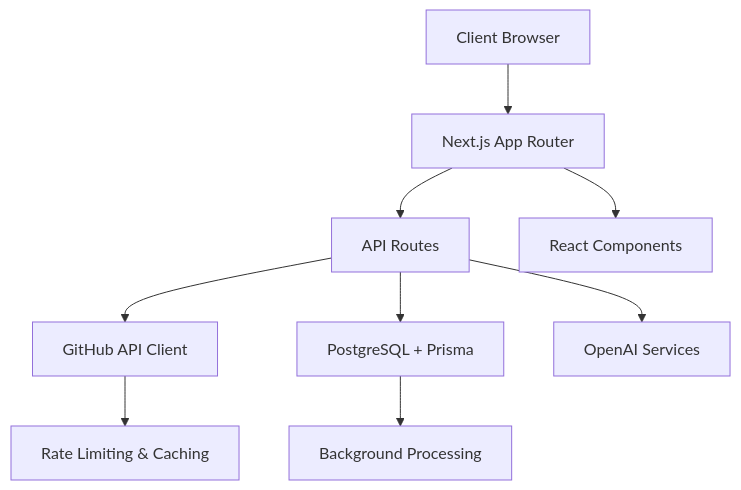
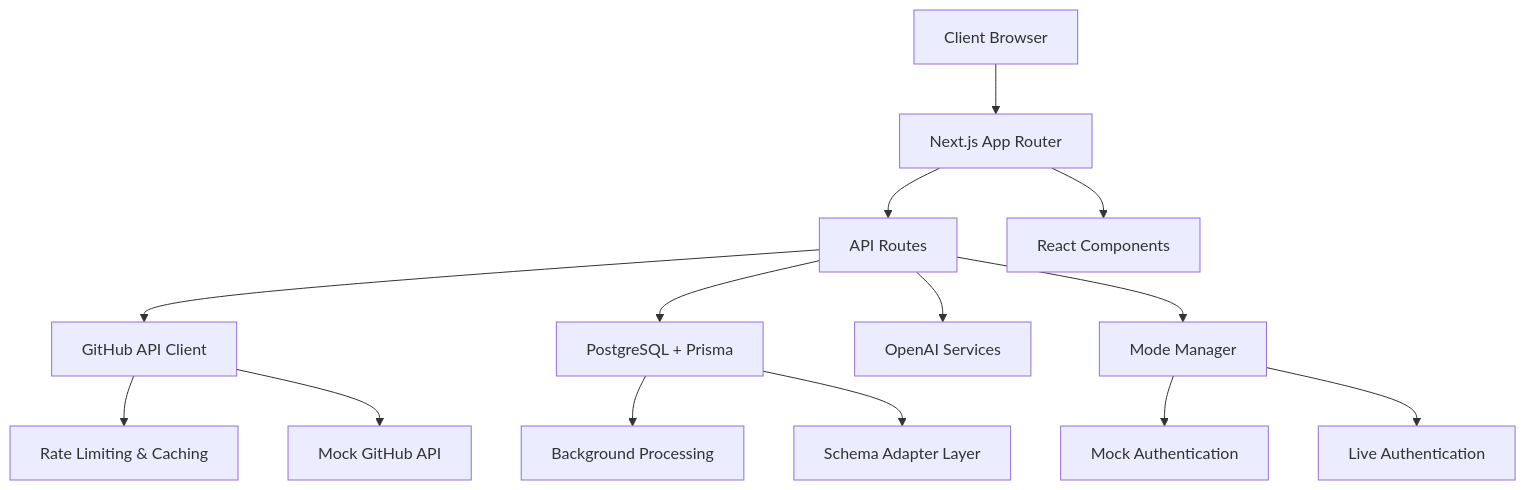
Before and after one commit to armagi009/devpulse: the first of 5 diagrams in .kiro/specs/devpulse/design.md, drawn with Mermaid. The commit also changed other lines of this file and 1155 other files, not shown here.

````diff
--- a/.kiro/specs/devpulse/design.md
+++ b/.kiro/specs/devpulse/design.md
@@ -13,11 +13,16 @@
 ```mermaid
 graph TD
     Client[Client Browser] --> NextJS[Next.js App Router]
     NextJS --> APIRoutes[API Routes]
     NextJS --> ReactComponents[React Components]
     APIRoutes --> GitHubAPI[GitHub API Client]
     APIRoutes --> Database[PostgreSQL + Prisma]
     APIRoutes --> AIServices[OpenAI Services]
     GitHubAPI --> GitHubRateLimit[Rate Limiting & Caching]
     Database --> BackgroundJobs[Background Processing]
+    Database --> SchemaAdapter[Schema Adapter Layer]
+    GitHubAPI --> MockGitHubAPI[Mock GitHub API]
+    APIRoutes --> ModeManager[Mode Manager]
+    ModeManager --> MockAuth[Mock Authentication]
+    ModeManager --> LiveAuth[Live Authentication]
 ```
````
